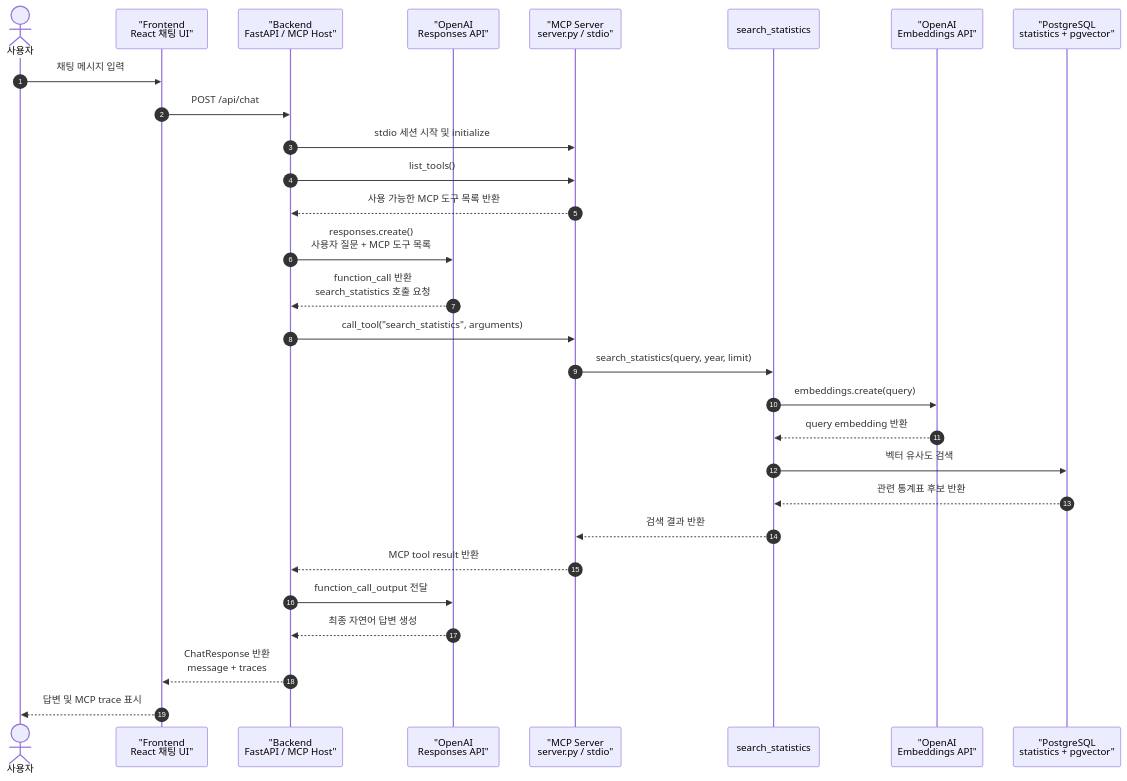
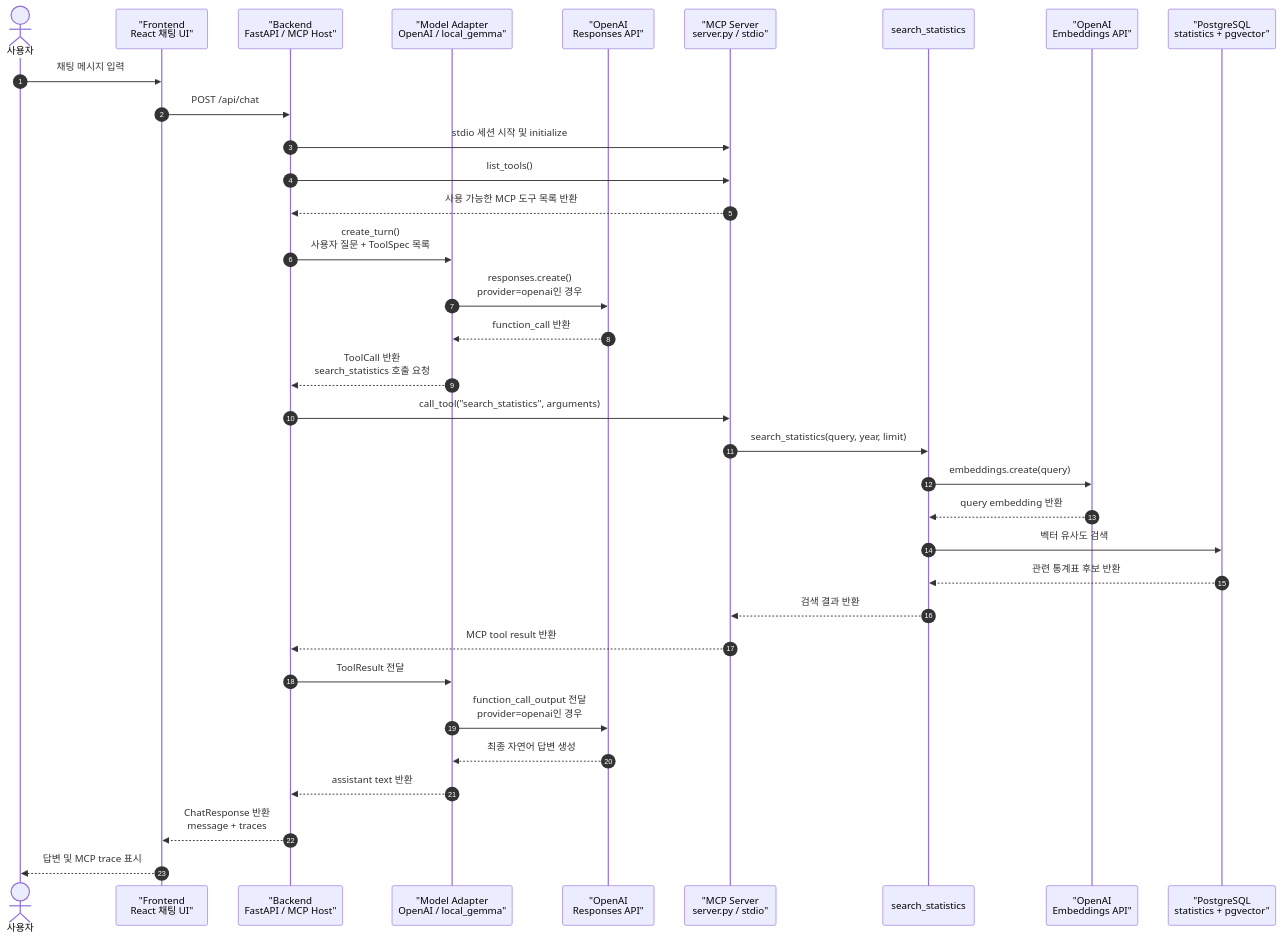
Before and after one commit to MOIS-2026-Intern/statyearbook-mcp: the diagram in docs/chat-flow.md, drawn with Mermaid. The commit also changed 14 other files, not shown here.

````diff
--- a/docs/chat-flow.md
+++ b/docs/chat-flow.md
@@ -3,41 +3,46 @@
 ```mermaid
 sequenceDiagram
     autonumber
 
     actor User as 사용자
     participant Frontend as "Frontend<br/>React 채팅 UI"
     participant Backend as "Backend<br/>FastAPI / MCP Host"
+    participant Model as "Model Adapter<br/>OpenAI / local_gemma"
     participant OpenAI as "OpenAI<br/>Responses API"
     participant MCP as "MCP Server<br/>server.py / stdio"
     participant Tool as search_statistics
     participant Embed as "OpenAI<br/>Embeddings API"
     participant DB as "PostgreSQL<br/>statistics + pgvector"
 
     User->>Frontend: 채팅 메시지 입력
     Frontend->>Backend: POST /api/chat
 
     Backend->>MCP: stdio 세션 시작 및 initialize
     Backend->>MCP: list_tools()
     MCP-->>Backend: 사용 가능한 MCP 도구 목록 반환
 
-    Backend->>OpenAI: responses.create()<br/>사용자 질문 + MCP 도구 목록
-    OpenAI-->>Backend: function_call 반환<br/>search_statistics 호출 요청
+    Backend->>Model: create_turn()<br/>사용자 질문 + ToolSpec 목록
+    Model->>OpenAI: responses.create()<br/>provider=openai인 경우
+    OpenAI-->>Model: function_call 반환
+    Model-->>Backend: ToolCall 반환<br/>search_statistics 호출 요청
 
     Backend->>MCP: call_tool("search_statistics", arguments)
     MCP->>Tool: search_statistics(query, year, limit)
 
     Tool->>Embed: embeddings.create(query)
     Embed-->>Tool: query embedding 반환
 
     Tool->>DB: 벡터 유사도 검색
     DB-->>Tool: 관련 통계표 후보 반환
 
     Tool-->>MCP: 검색 결과 반환
     MCP-->>Backend: MCP tool result 반환
 
-    Backend->>OpenAI: function_call_output 전달
-    OpenAI-->>Backend: 최종 자연어 답변 생성
+    Backend->>Model: ToolResult 전달
+    Model->>OpenAI: function_call_output 전달<br/>provider=openai인 경우
+    OpenAI-->>Model: 최종 자연어 답변 생성
+    Model-->>Backend: assistant text 반환
 
     Backend-->>Frontend: ChatResponse 반환<br/>message + traces
     Frontend-->>User: 답변 및 MCP trace 표시
 ```
````
